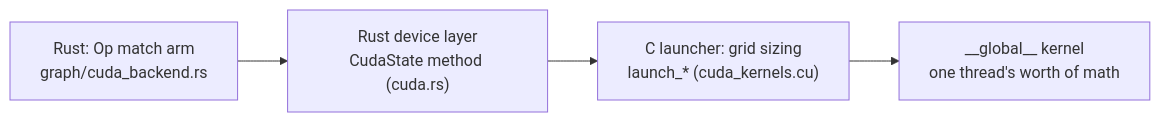
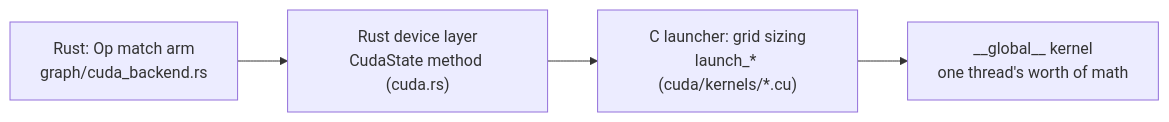
One commit to yusiwen/minfer changed the diagram in docs/cuda_tutorial/03-kernels-elementwise.md. Above: the diagram before and after it, drawn with Mermaid. The commit also changed other lines of this file and 35 other files, not shown here.

````diff
--- a/docs/cuda_tutorial/03-kernels-elementwise.md
+++ b/docs/cuda_tutorial/03-kernels-elementwise.md
@@ -31,6 +31,6 @@
 ```mermaid
 flowchart LR
     A["Rust: Op match arm<br/>graph/cuda_backend.rs"] --> B["Rust device layer<br/>CudaState method (cuda.rs)"]
-    B --> C["C launcher: grid sizing<br/>launch_* (cuda_kernels.cu)"]
+    B --> C["C launcher: grid sizing<br/>launch_* (cuda/kernels/*.cu)"]
     C --> D["__global__ kernel<br/>one thread's worth of math"]
 ```
````
